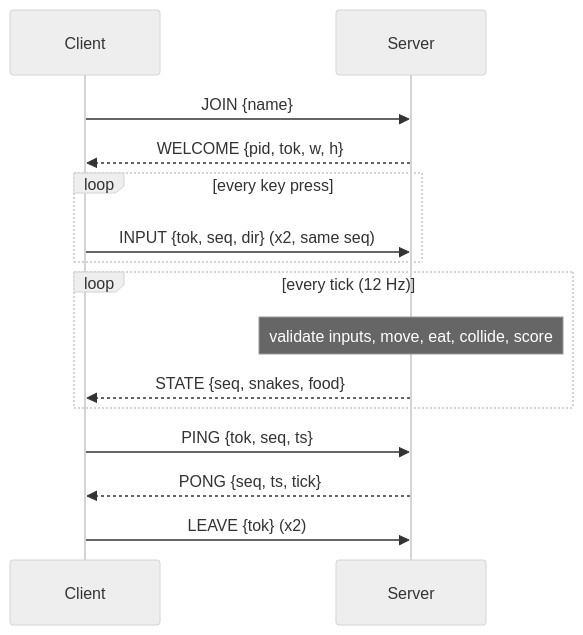
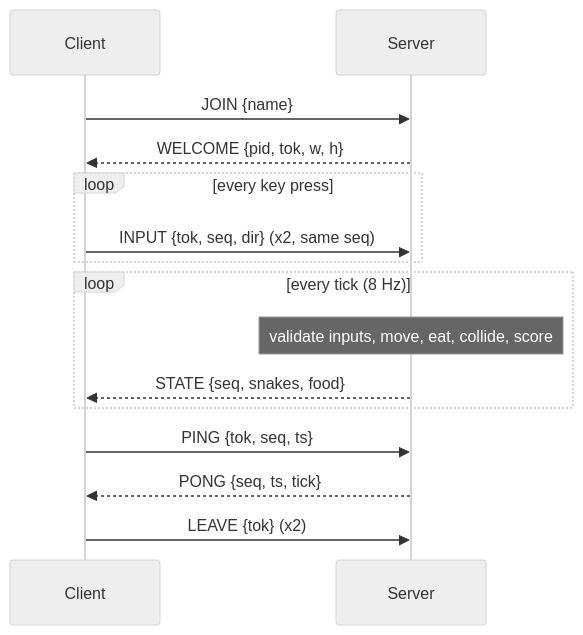
Before and after one commit to Astreus-J/SnakeNet: the second of 2 diagrams in docs/ARCHITECTURE.md, drawn with Mermaid (neutral theme). The commit also changed other lines of this file and 6 other files, not shown here.

````diff
--- a/docs/ARCHITECTURE.md
+++ b/docs/ARCHITECTURE.md
@@ -32,17 +32,17 @@
 ```mermaid
 sequenceDiagram
   participant C as Client
   participant S as Server
   C->>S: JOIN {name}
   S-->>C: WELCOME {pid, tok, w, h}
   loop every key press
     C->>S: INPUT {tok, seq, dir} (x2, same seq)
   end
-  loop every tick (12 Hz)
+  loop every tick (8 Hz)
     Note over S: validate inputs, move, eat, collide, score
     S-->>C: STATE {seq, snakes, food}
   end
   C->>S: PING {tok, seq, ts}
   S-->>C: PONG {seq, ts, tick}
   C->>S: LEAVE {tok} (x2)
 ```
````
